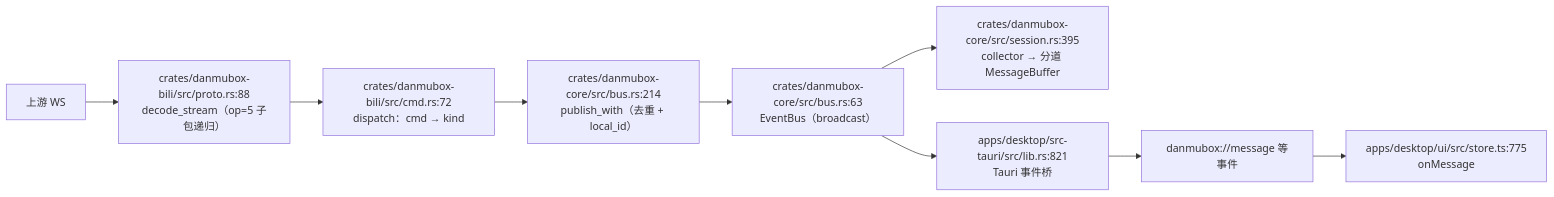
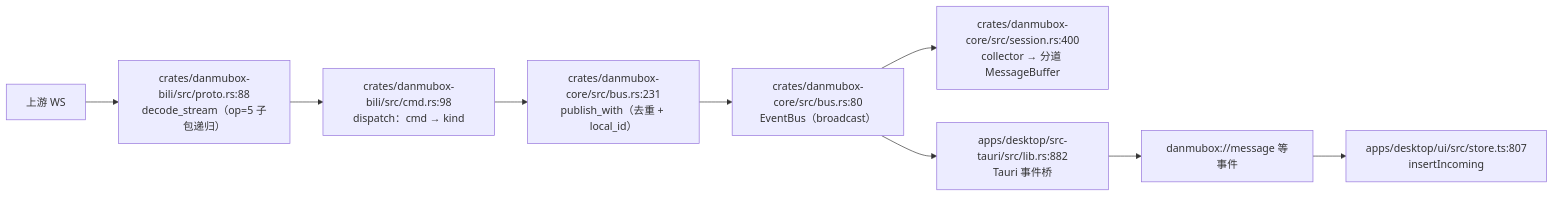
The fifth of 6 diagrams in docs/architecture.md (HakaseZ/danmubox), drawn with Mermaid before and after one commit. The commit also changed other lines of this file and 25 other files, not shown here.

````diff
--- a/docs/architecture.md
+++ b/docs/architecture.md
@@ -270,11 +273,11 @@
 ```mermaid
 graph LR
   UP["上游 WS"] --> DEC["crates/danmubox-bili/src/proto.rs:88<br/>decode_stream（op=5 子包递归）"]
-  DEC --> CMD["crates/danmubox-bili/src/cmd.rs:72<br/>dispatch：cmd → kind"]
-  CMD --> SINK["crates/danmubox-core/src/bus.rs:214<br/>publish_with（去重 + local_id）"]
-  SINK --> BUS["crates/danmubox-core/src/bus.rs:63<br/>EventBus（broadcast）"]
-  BUS --> BUF["crates/danmubox-core/src/session.rs:395<br/>collector → 分道 MessageBuffer"]
-  BUS --> BRIDGE["apps/desktop/src-tauri/src/lib.rs:821<br/>Tauri 事件桥"]
+  DEC --> CMD["crates/danmubox-bili/src/cmd.rs:98<br/>dispatch：cmd → kind"]
+  CMD --> SINK["crates/danmubox-core/src/bus.rs:231<br/>publish_with（去重 + local_id）"]
+  SINK --> BUS["crates/danmubox-core/src/bus.rs:80<br/>EventBus（broadcast）"]
+  BUS --> BUF["crates/danmubox-core/src/session.rs:400<br/>collector → 分道 MessageBuffer"]
+  BUS --> BRIDGE["apps/desktop/src-tauri/src/lib.rs:882<br/>Tauri 事件桥"]
   BRIDGE --> EVT["danmubox://message 等事件"]
-  EVT --> STORE["apps/desktop/ui/src/store.ts:775<br/>onMessage"]
+  EVT --> STORE["apps/desktop/ui/src/store.ts:807<br/>insertIncoming"]
 ```
````
